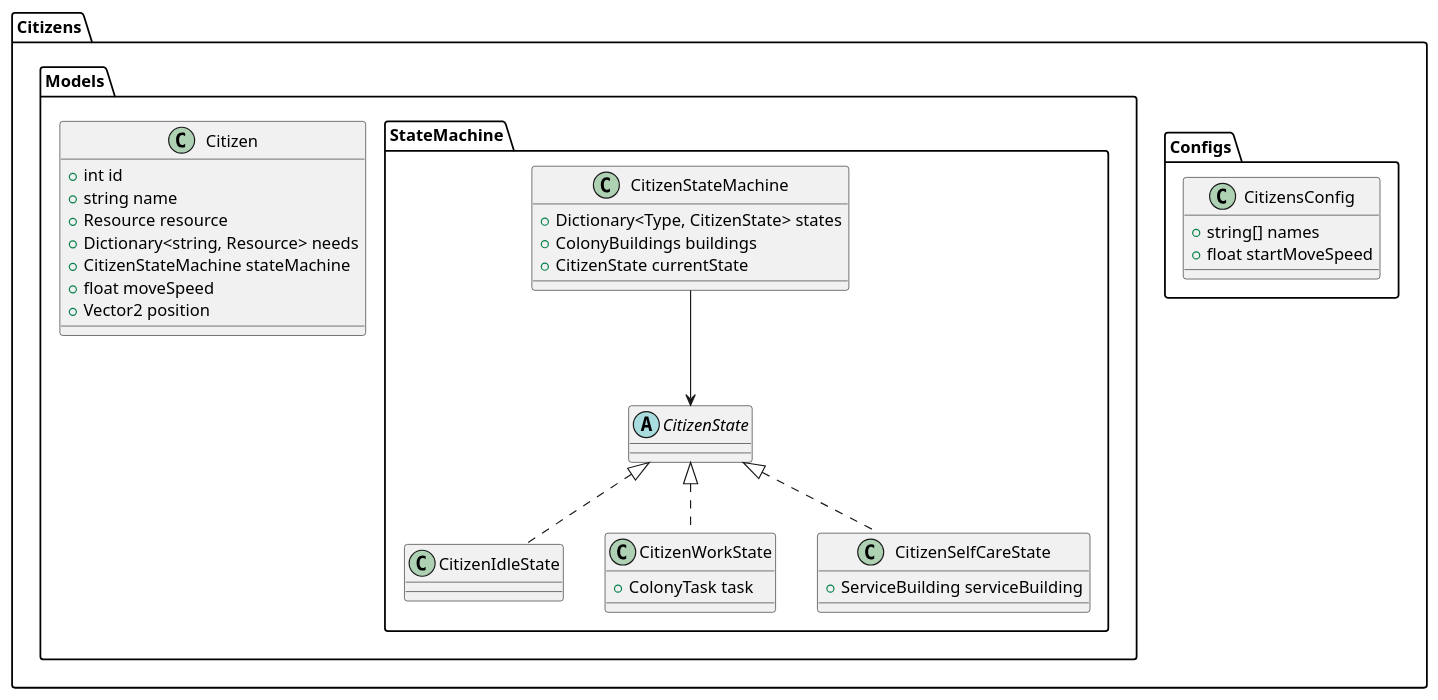
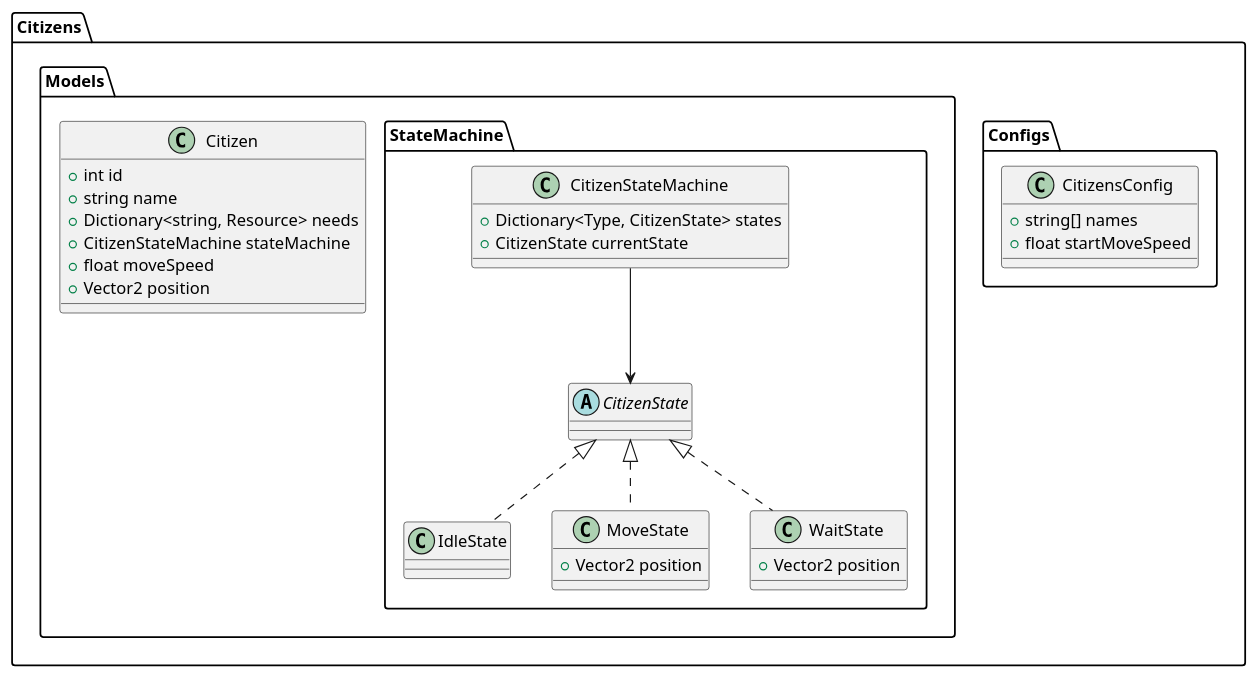
The diagram in Colony/Citizens/Citizens.puml (minusrep/Pivo-UML), drawn with PlantUML before and after one commit. The commit also changed 4 other files, not shown here.

```diff
--- a/Colony/Citizens/Citizens.puml
+++ b/Colony/Citizens/Citizens.puml
@@ -1,62 +1,60 @@
 @startuml
 
 package "Citizens"
 {
     package "Configs"
     {
         class CitizensConfig
         {
             +string[] names
             +float startMoveSpeed
         }
     }
 
     package "Models"
     {
         class Citizen 
         {
             +int id
             +string name
-            +Resource resource
             +Dictionary<string, Resource> needs
             +CitizenStateMachine stateMachine
             +float moveSpeed
             +Vector2 position
         }
     
      package "StateMachine" {
         class CitizenStateMachine {
             +Dictionary<Type, CitizenState> states
-            +ColonyBuildings buildings
             +CitizenState currentState
         }   
         
         abstract class CitizenState 
         {
             
         }
         
-        class CitizenIdleState 
+        class IdleState 
         {        
             
         }
         
-        class CitizenWorkState 
+        class MoveState 
         {
-            +ColonyTask task
+            +Vector2 position
         }
         
-        class CitizenSelfCareState 
+        class WaitState 
         {
-            +ServiceBuilding serviceBuilding
+            +Vector2 position
         }
         
-        CitizenState <|.. CitizenIdleState  
-        CitizenState <|.. CitizenWorkState  
-        CitizenState <|.. CitizenSelfCareState  
+        CitizenState <|.. WaitState  
+        CitizenState <|.. MoveState  
+        CitizenState <|.. IdleState  
         CitizenStateMachine --> CitizenState
         }
     }
 }
 
 @enduml
```
